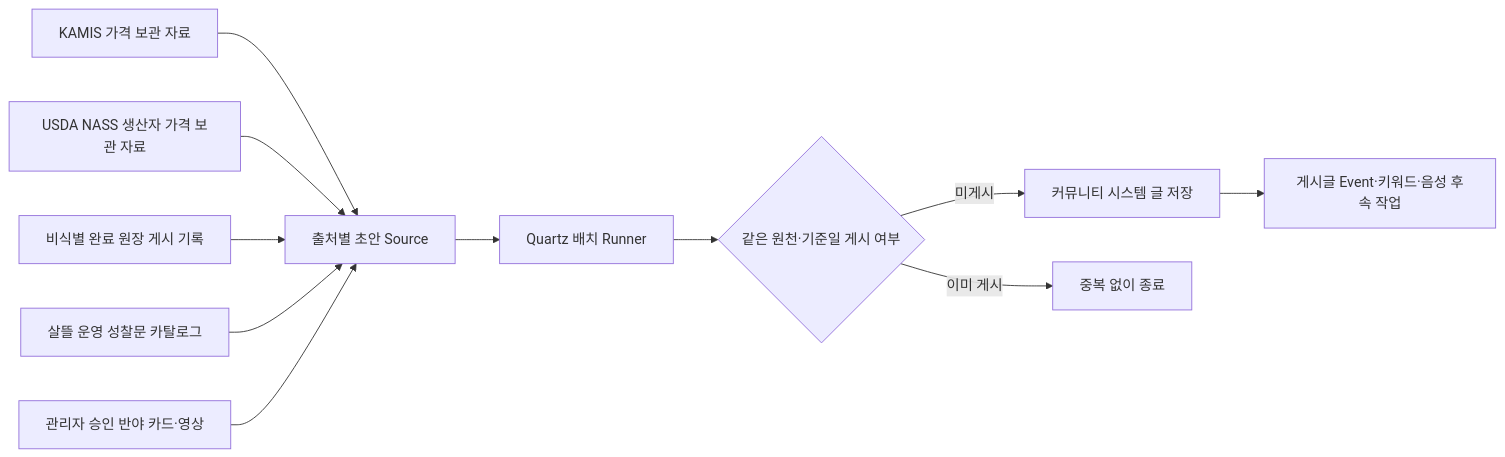
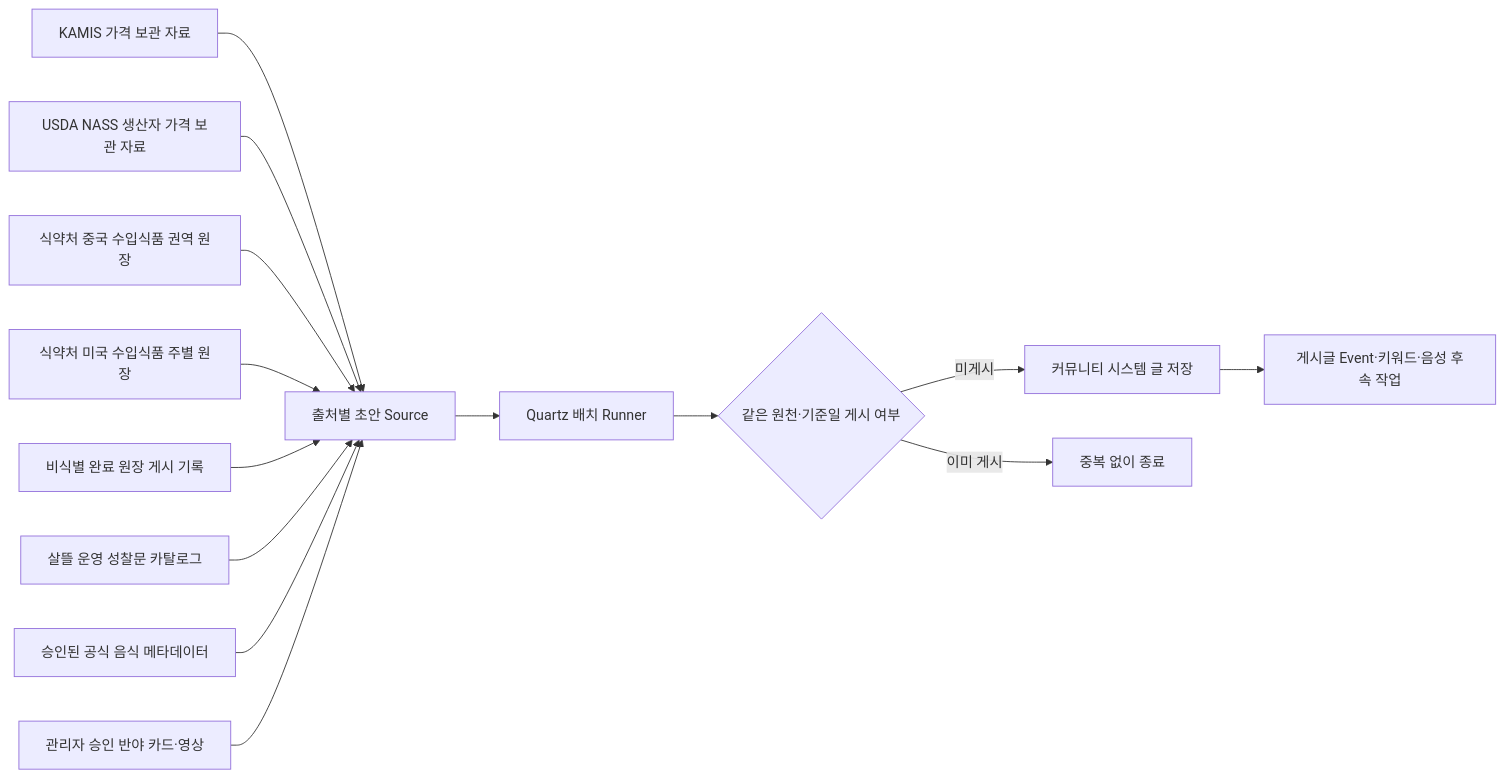
One commit to cheolwo/hongdal changed the diagram in docs/Architecture/CommunityAutomatedEditorialBatch.md. Above: the diagram before and after it, drawn with Mermaid. The commit also changed other lines of this file and 189 other files, not shown here.

````diff
--- a/docs/Architecture/CommunityAutomatedEditorialBatch.md
+++ b/docs/Architecture/CommunityAutomatedEditorialBatch.md
@@ -7,13 +7,16 @@
 ```mermaid
 flowchart LR
     A["KAMIS 가격 보관 자료"] --> D["출처별 초안 Source"]
     A1["USDA NASS 생산자 가격 보관 자료"] --> D
+    A2["식약처 중국 수입식품 권역 원장"] --> D
+    A3["식약처 미국 수입식품 주별 원장"] --> D
     B["비식별 완료 원장 게시 기록"] --> D
     C["살뜰 운영 성찰문 카탈로그"] --> D
+    C1["승인된 공식 음식 메타데이터"] --> D
     P["관리자 승인 반야 카드·영상"] --> D
     D --> E["Quartz 배치 Runner"]
     E --> F{"같은 원천·기준일 게시 여부"}
     F -->|미게시| G["커뮤니티 시스템 글 저장"]
     F -->|이미 게시| H["중복 없이 종료"]
     G --> I["게시글 Event·키워드·음성 후속 작업"]
 ```
````
